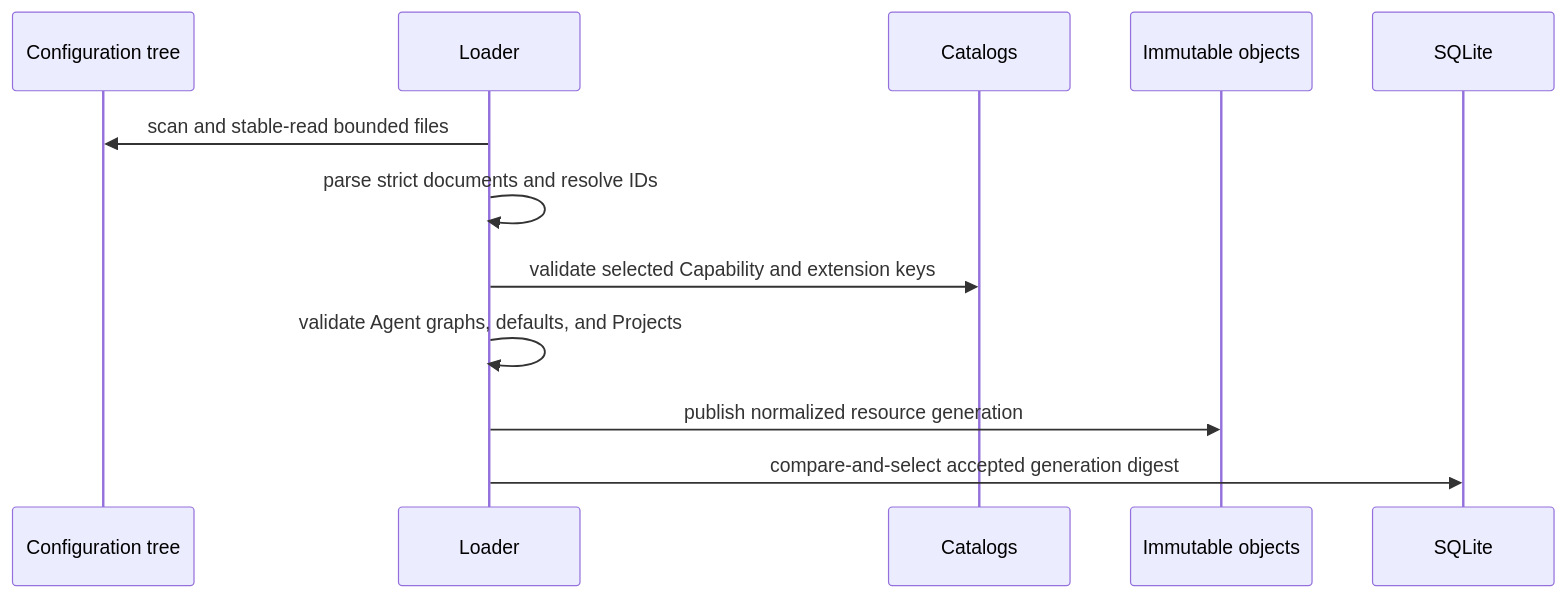
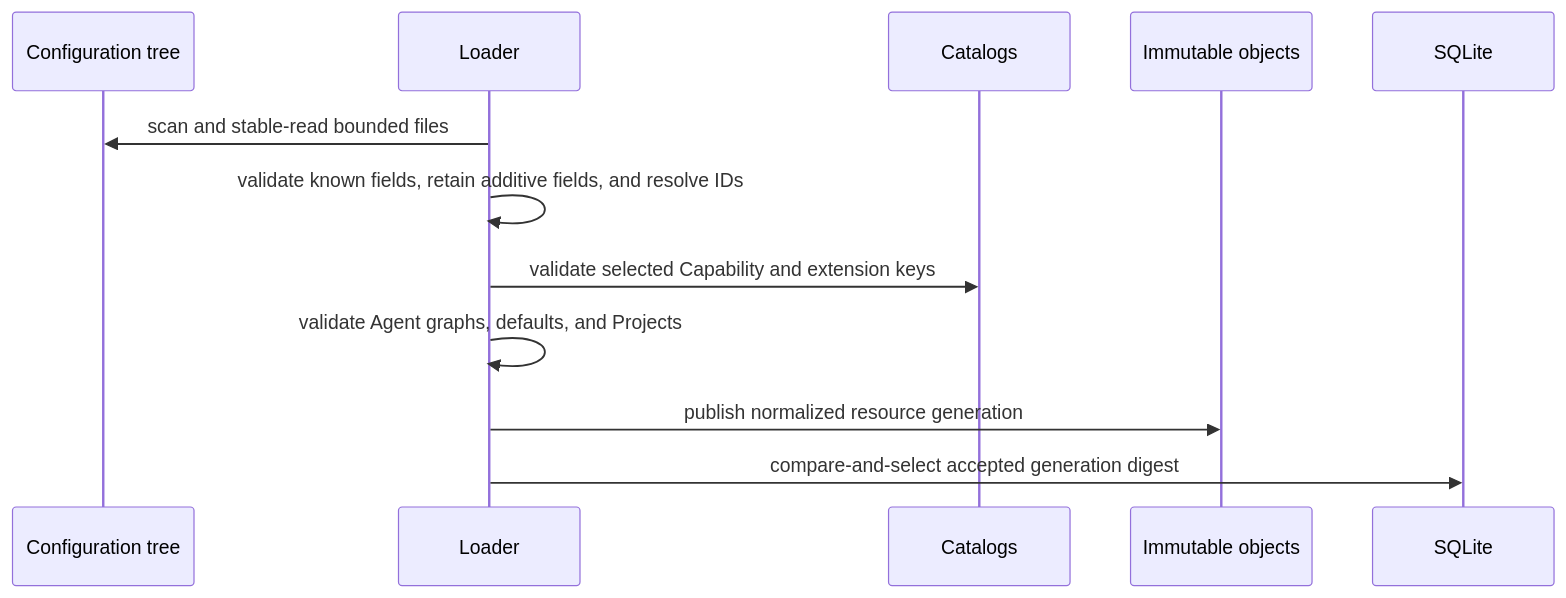
Before and after one commit to LTThreeComma/agent-foundation: the diagram in spec/a13n-harness-ui/01-configuration-and-resource-catalog.md, drawn with Mermaid. The commit also changed other lines of this file and 14 other files, not shown here.

````diff
--- a/spec/a13n-harness-ui/01-configuration-and-resource-catalog.md
+++ b/spec/a13n-harness-ui/01-configuration-and-resource-catalog.md
@@ -114,15 +114,15 @@
 ```mermaid
 sequenceDiagram
     participant Sources as Configuration tree
     participant Loader
     participant Catalogs
     participant Objects as Immutable objects
     participant DB as SQLite
 
     Loader->>Sources: scan and stable-read bounded files
-    Loader->>Loader: parse strict documents and resolve IDs
+    Loader->>Loader: validate known fields, retain additive fields, and resolve IDs
     Loader->>Catalogs: validate selected Capability and extension keys
     Loader->>Loader: validate Agent graphs, defaults, and Projects
     Loader->>Objects: publish normalized resource generation
     Loader->>DB: compare-and-select accepted generation digest
 ```
````
